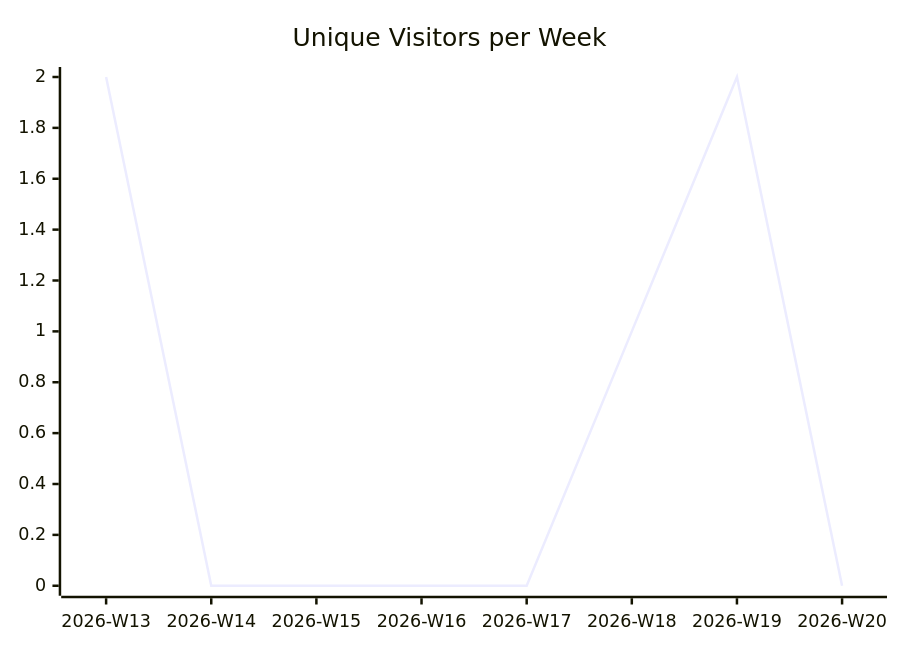
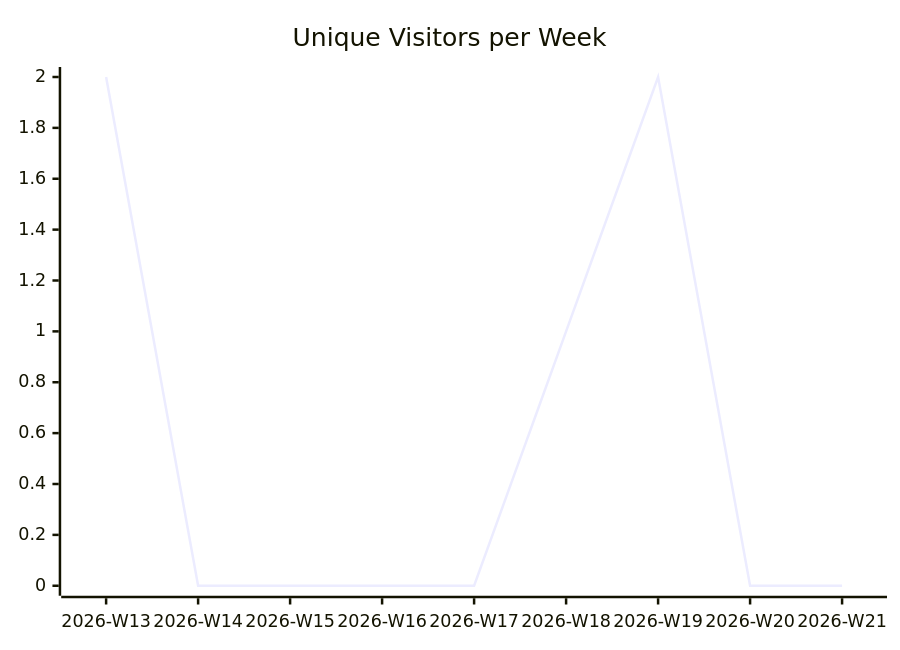
Before and after one commit to justdavis-family/github-analytics-data: the first of 3 diagrams in karlmdavis/kxml2/README.md, drawn with Mermaid. The commit also changed other lines of this file and 189 other files, not shown here.

````diff
--- a/karlmdavis/kxml2/README.md
+++ b/karlmdavis/kxml2/README.md
@@ -5,6 +5,6 @@
 ```mermaid
 xychart-beta
   title "Unique Visitors per Week"
-  x-axis ["2026-W13", "2026-W14", "2026-W15", "2026-W16", "2026-W17", "2026-W18", "2026-W19", "2026-W20"]
-  line [2, 0, 0, 0, 0, 1, 2, 0]
+  x-axis ["2026-W13", "2026-W14", "2026-W15", "2026-W16", "2026-W17", "2026-W18", "2026-W19", "2026-W20", "2026-W21"]
+  line [2, 0, 0, 0, 0, 1, 2, 0, 0]
 ```
````
